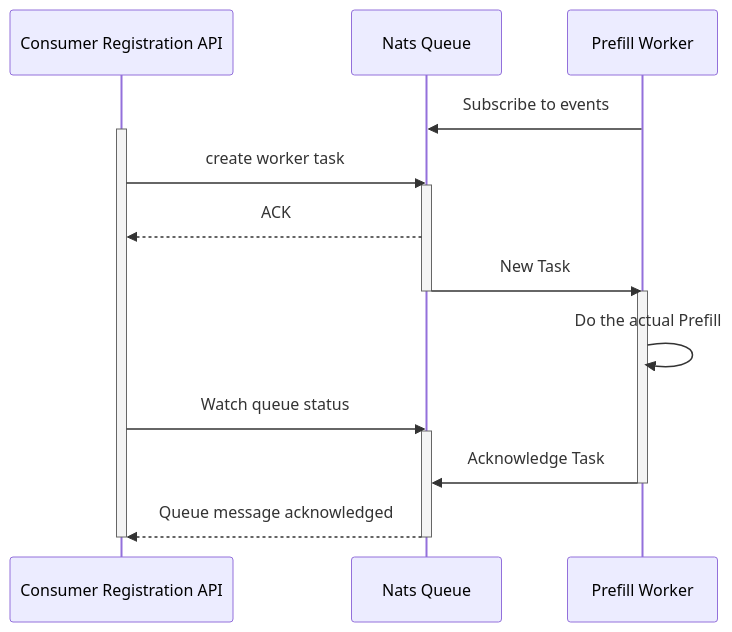
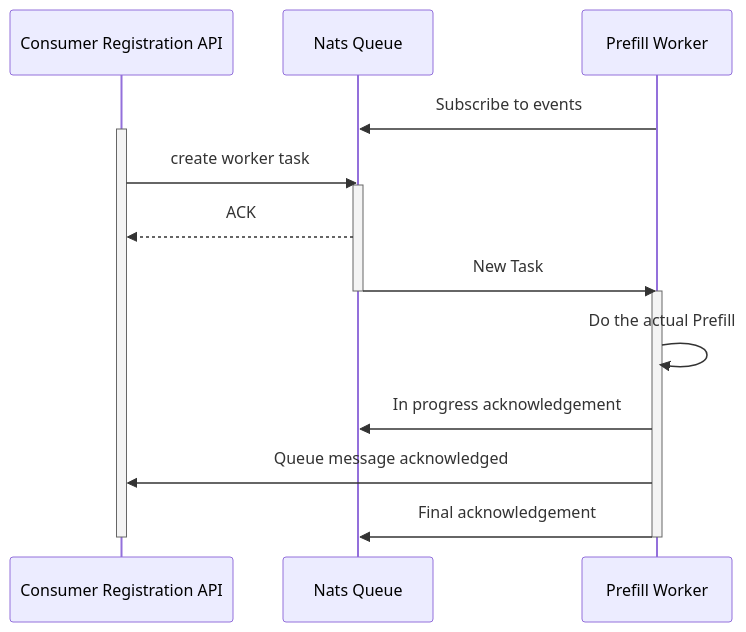
One commit to univention/provisioning-api changed the third of 4 diagrams in docs/prefill/prefill-architecture.md. Above: the diagram before and after it, drawn with Mermaid. The commit also changed other lines of this file, not shown here.

Commit message:
docs: updated prefill documentation after architecture discussion

````diff
--- a/docs/prefill/prefill-architecture.md
+++ b/docs/prefill/prefill-architecture.md
@@ -94,23 +121,21 @@
 ```mermaid
 sequenceDiagram
     participant ConsumerRegAPI as Consumer Registration API
     participant NatsQ as Nats Queue
     participant PrefillWorker as Prefill Worker
 
     PrefillWorker->>NatsQ: Subscribe to events
     activate ConsumerRegAPI
     ConsumerRegAPI->>NatsQ: create worker task
     activate NatsQ
     NatsQ-->>ConsumerRegAPI: ACK
     NatsQ->>PrefillWorker: New Task
     activate PrefillWorker
     deactivate NatsQ
     PrefillWorker->>PrefillWorker: Do the actual Prefill
-    ConsumerRegAPI->>NatsQ: Watch queue status
-    activate NatsQ
-    PrefillWorker->>NatsQ: Acknowledge Task
+    PrefillWorker->>NatsQ: In progress acknowledgement
+    PrefillWorker->>ConsumerRegAPI: Queue message acknowledged
+    PrefillWorker->>NatsQ: Final acknowledgement
     deactivate PrefillWorker
-    NatsQ-->>ConsumerRegAPI: Queue message acknowledged
-    deactivate NatsQ
     deactivate ConsumerRegAPI
 ```
````
